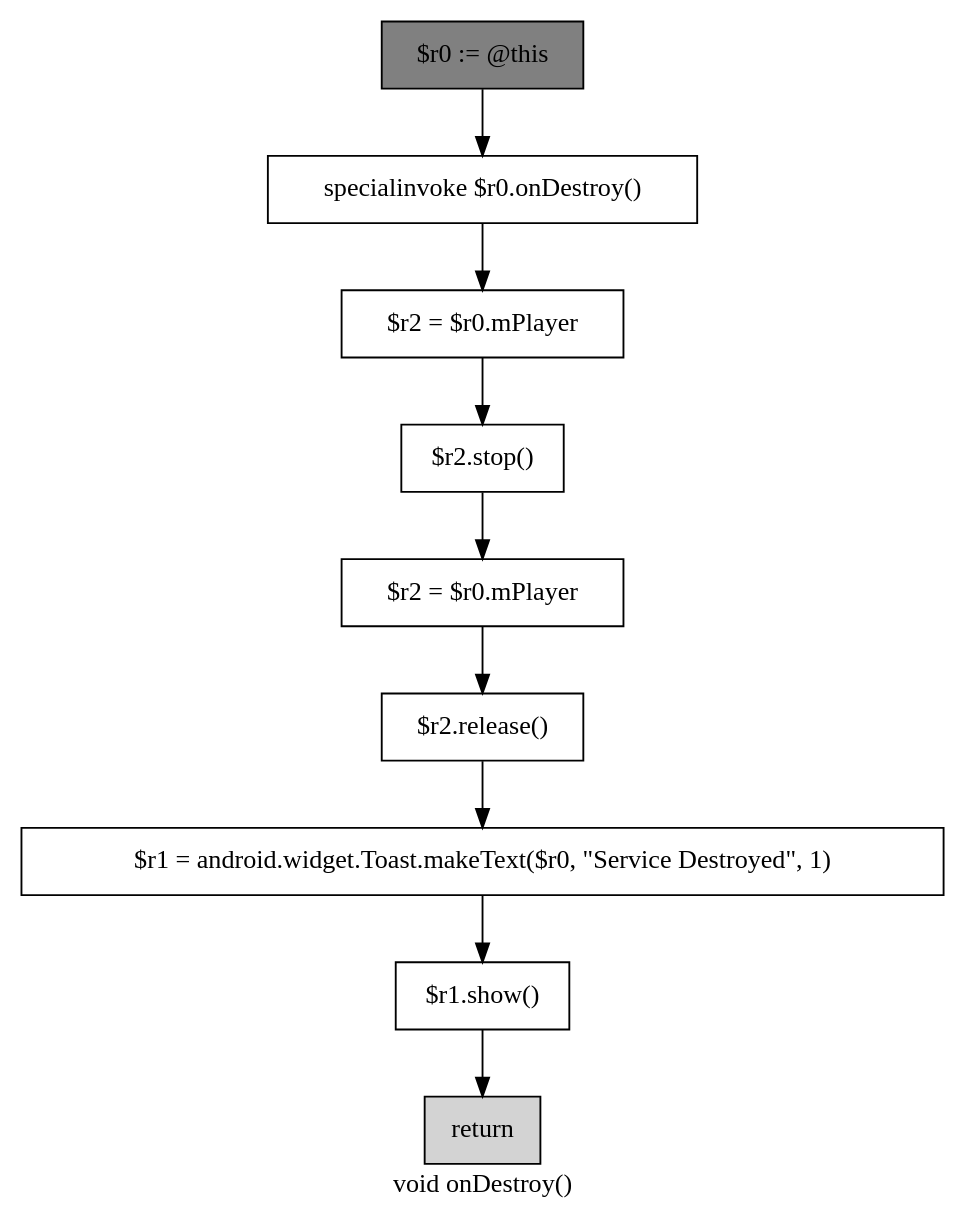
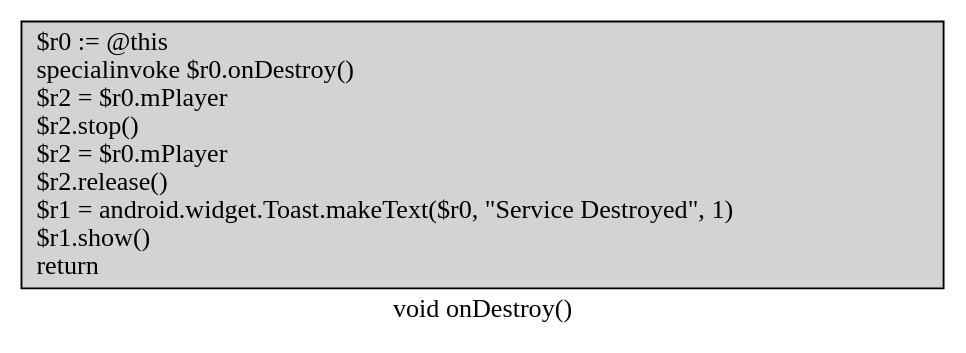
Before and after one commit to gsrishaila/summer: the diagram in soot-infoflow-android-develop/onDestroy.dot, drawn with Graphviz. The commit also changed 14 other files, not shown here.

```diff
--- a/soot-infoflow-android-develop/onDestroy.dot
+++ b/soot-infoflow-android-develop/onDestroy.dot
@@ -1,21 +1,5 @@
 digraph "void onDestroy()" {
     label="void onDestroy()";
     node [shape=box];
-    "0" [style=filled,fillcolor=gray,label="$r0 := @this",];
-    "1" [label="specialinvoke $r0.onDestroy()",];
-    "0"->"1";
-    "2" [label="$r2 = $r0.mPlayer",];
-    "1"->"2";
-    "3" [label="$r2.stop()",];
-    "2"->"3";
-    "4" [label="$r2 = $r0.mPlayer",];
-    "3"->"4";
-    "5" [label="$r2.release()",];
-    "4"->"5";
-    "6" [label="$r1 = android.widget.Toast.makeText($r0, \"Service Destroyed\", 1)",];
-    "5"->"6";
-    "7" [label="$r1.show()",];
-    "6"->"7";
-    "8" [style=filled,fillcolor=lightgray,label="return",];
-    "7"->"8";
+    "0" [style=filled,fillcolor=gray,style=filled,fillcolor=lightgray,label="$r0 := @this\lspecialinvoke $r0.onDestroy()\l$r2 = $r0.mPlayer\l$r2.stop()\l$r2 = $r0.mPlayer\l$r2.release()\l$r1 = android.widget.Toast.makeText($r0, \"Service Destroyed\", 1)\l$r1.show()\lreturn\l",];
 }
```
